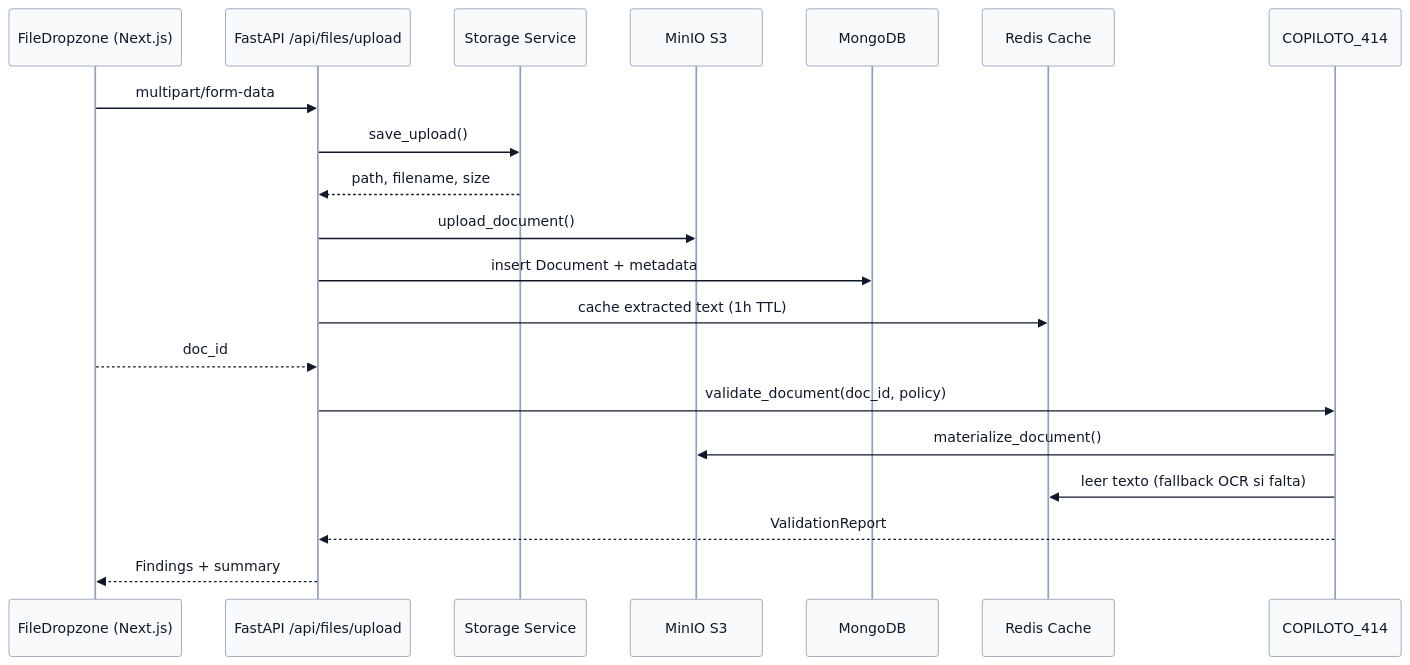
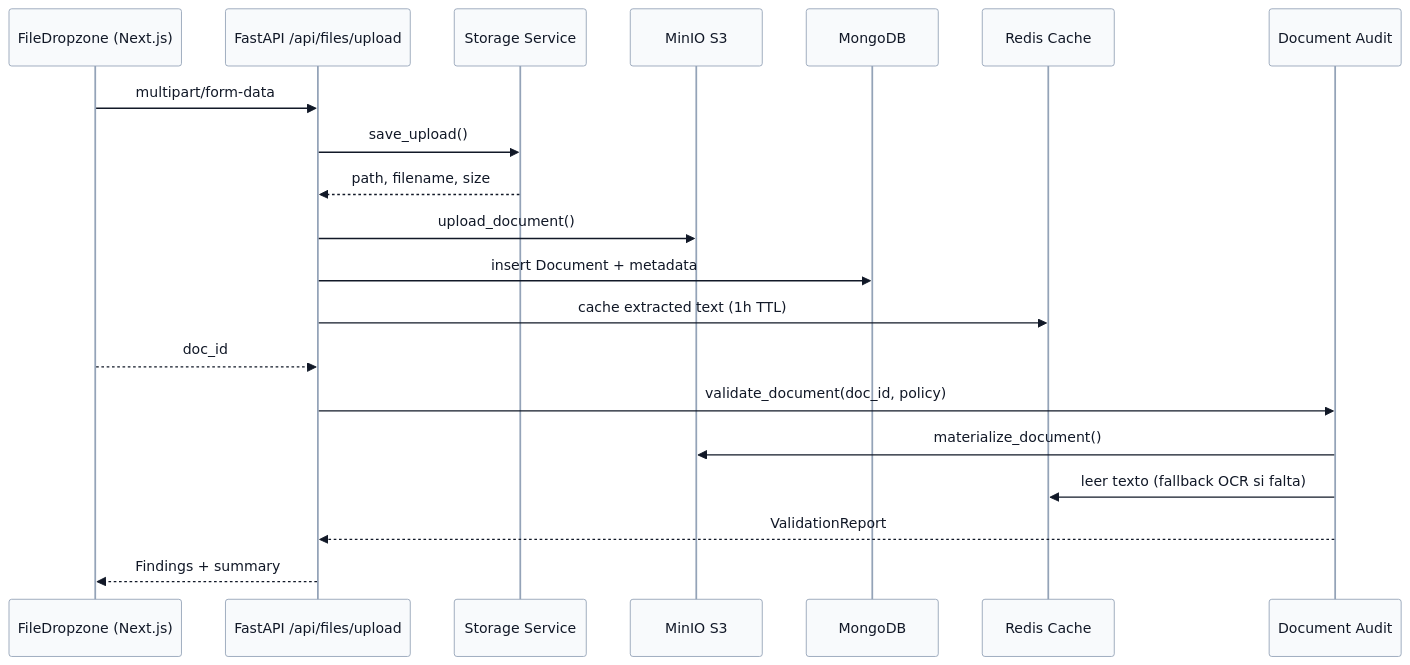
One commit to saptiva-ai/octavios-chat changed the ninth of 11 diagrams in README.md. Above: the diagram before and after it, drawn with Mermaid. The commit also changed other lines of this file, not shown here.

Commit message:
docs: replace capital414/COPILOTO_414 references with generic plugin-private naming

````diff
--- a/README.md
+++ b/README.md
@@ -1062,24 +1062,24 @@
 ```mermaid
 %%{init: {'theme': 'base', 'themeVariables': {'actorBorder': '#94a3b8','actorBkg': '#f8fafc','actorTextColor': '#111827','signalColor': '#111827','signalTextColor': '#111827','activationBorderColor': '#cbd5e1','activationBkgColor': '#e2e8f0','sequenceNumberColor': '#0ea5e9'}}}%%
 sequenceDiagram
     participant Dropzone as FileDropzone (Next.js)
     participant API as FastAPI /api/files/upload
     participant Storage as Storage Service
     participant MinIO as MinIO S3
     participant Mongo as MongoDB
     participant Redis as Redis Cache
-    participant Auditor as COPILOTO_414
+    participant Auditor as Document Audit
 
     Dropzone->>API: multipart/form-data
     API->>Storage: save_upload()
     Storage-->>API: path, filename, size
     API->>MinIO: upload_document()
     API->>Mongo: insert Document + metadata
     API->>Redis: cache extracted text (1h TTL)
     Dropzone-->>API: doc_id
     API->>Auditor: validate_document(doc_id, policy)
     Auditor->>MinIO: materialize_document()
     Auditor->>Redis: leer texto (fallback OCR si falta)
     Auditor-->>API: ValidationReport
     API-->>Dropzone: Findings + summary
 ```
````
